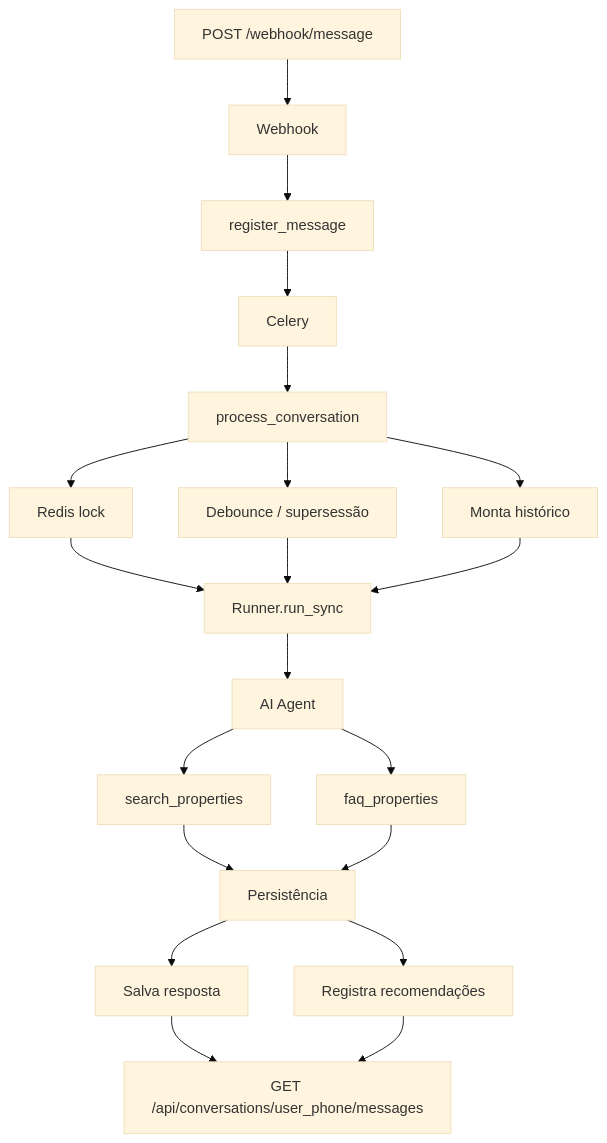
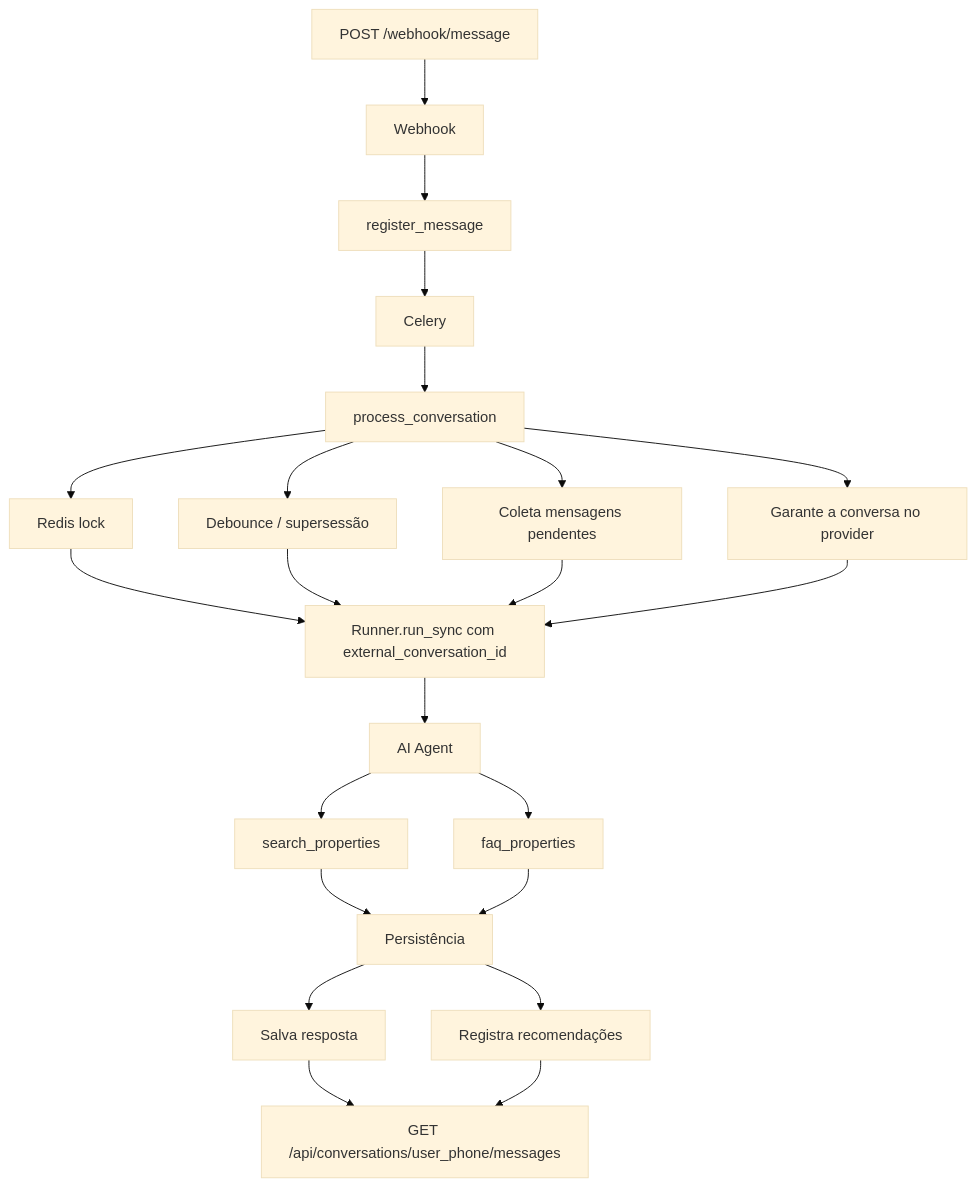
One commit to woshington/realmate changed the diagram in ARCHITECTURE.md. Above: the diagram before and after it, drawn with Mermaid (base theme). The commit also changed other lines of this file and 20 other files, not shown here.

Commit message:
Add `external_conversation_id` to `Conversation` model, update tests and fixtures for external conversation integration, and streamline related code and documentation.

````diff
--- a/ARCHITECTURE.md
+++ b/ARCHITECTURE.md
@@ -13,24 +13,25 @@
 ```mermaid
 flowchart TD
     A[POST /webhook/message] --> B[Webhook]
     B --> C[register_message]
     C --> D[Celery]
     D --> E[process_conversation]
     
     E --> F1[Redis lock]
     E --> F2[Debounce / supersessão]
-    E --> F3[Monta histórico]
+    E --> F3[Coleta mensagens pendentes]
+    E --> F4[Garante a conversa no provider]
     
-    F1 & F2 & F3 --> G[Runner.run_sync]
+    F1 & F2 & F3 & F4 --> G[Runner.run_sync com external_conversation_id]
     G --> H[AI Agent]
     
     H --> I1[search_properties]
     H --> I2[faq_properties]
     
     I1 & I2 --> J[Persistência]
     
     J --> K1[Salva resposta]
     J --> K2[Registra recomendações]
     
     K1 & K2 --> L[GET /api/conversations/user_phone/messages]
 ```
````
